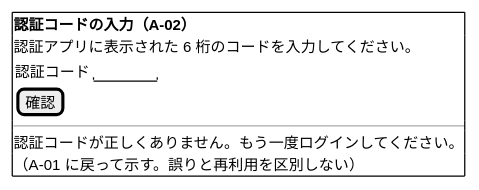
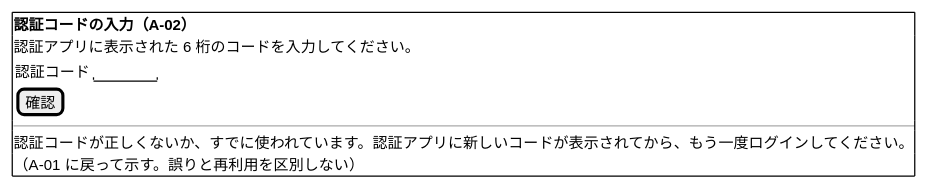
Before and after one commit to k2works/practical-domain-driven-design-in-enterpris-application: the ninth of 25 diagrams in docs/design/cargo-tracker/ui_design.md, drawn with PlantUML. The commit also changed other lines of this file and 22 other files, not shown here.

````diff
--- a/docs/design/cargo-tracker/ui_design.md
+++ b/docs/design/cargo-tracker/ui_design.md
@@ -492,15 +492,15 @@
 ```plantuml
 @startsalt
 {+
   <b>認証コードの入力（A-02）
   認証アプリに表示された 6 桁のコードを入力してください。
   {
     認証コード | "      "
     [ 確認 ]
   }
   ---
-  認証コードが正しくありません。もう一度ログインしてください。
+  認証コードが正しくないか、すでに使われています。認証アプリに新しいコードが表示されてから、もう一度ログインしてください。
   （A-01 に戻って示す。誤りと再利用を区別しない）
 }
 @endsalt
 ```
````
